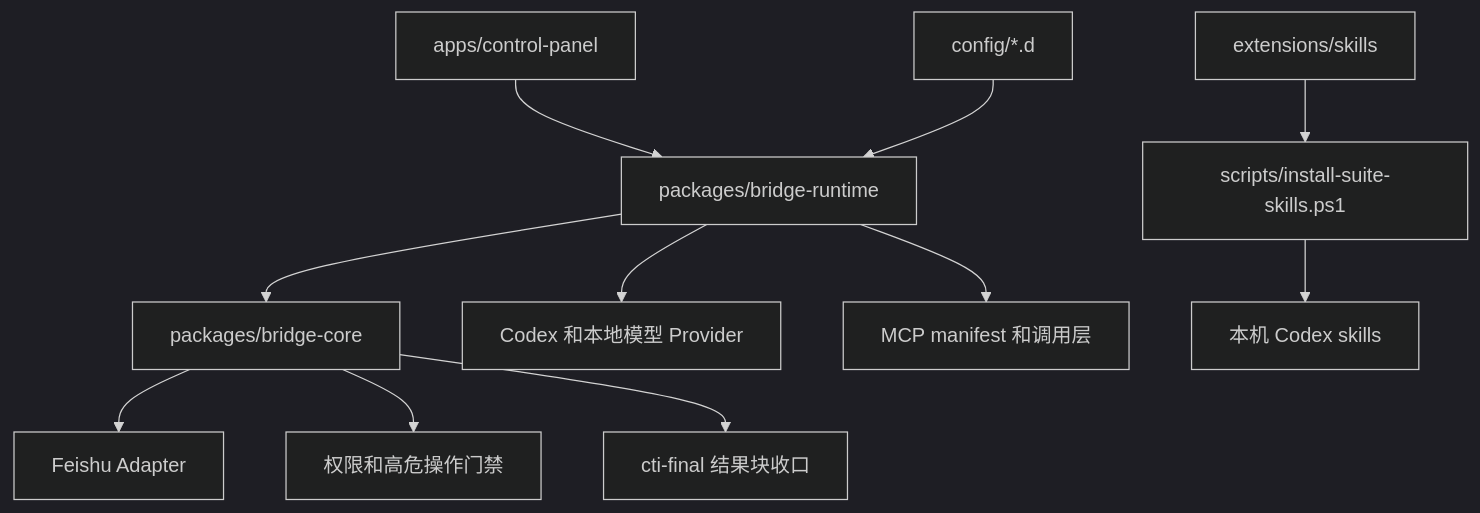
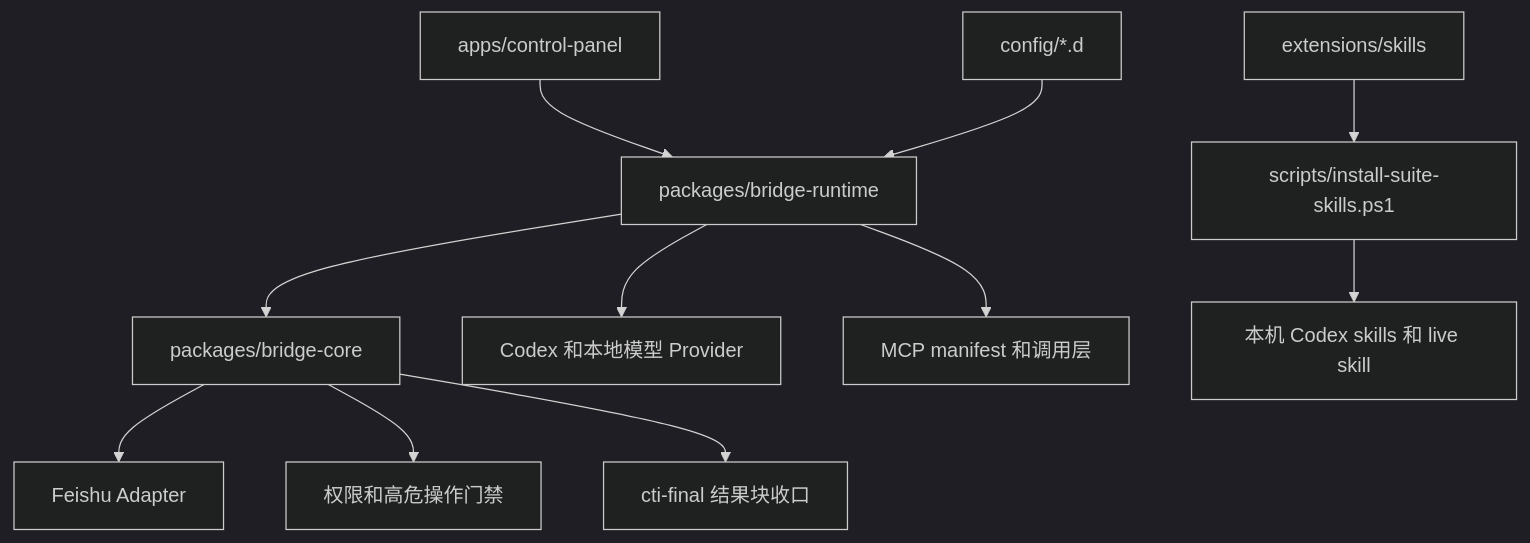
The second of 6 diagrams in release/installer/payload/docs/PROJECT-ARCHITECTURE.md (dddfuxi/codex-im-suite), drawn with Mermaid (dark theme) before and after one commit. The commit also changed other lines of this file and 46 other files, not shown here.

````diff
--- a/release/installer/payload/docs/PROJECT-ARCHITECTURE.md
+++ b/release/installer/payload/docs/PROJECT-ARCHITECTURE.md
@@ -46,13 +47,13 @@
 ```mermaid
 flowchart TD
   Panel[apps/control-panel] --> Runtime[packages/bridge-runtime]
   Runtime --> Core[packages/bridge-core]
   Runtime --> ProviderLayer[Codex 和本地模型 Provider]
   Runtime --> McpLayer[MCP manifest 和调用层]
   Core --> FeishuAdapter[Feishu Adapter]
   Core --> PermissionBroker[权限和高危操作门禁]
   Core --> ReplyEnvelope[cti-final 结果块收口]
   Config[config/*.d] --> Runtime
   Extensions[extensions/skills] --> Scripts[scripts/install-suite-skills.ps1]
-  Scripts --> CodexSkills[本机 Codex skills]
+  Scripts --> CodexSkills[本机 Codex skills 和 live skill]
 ```
````
